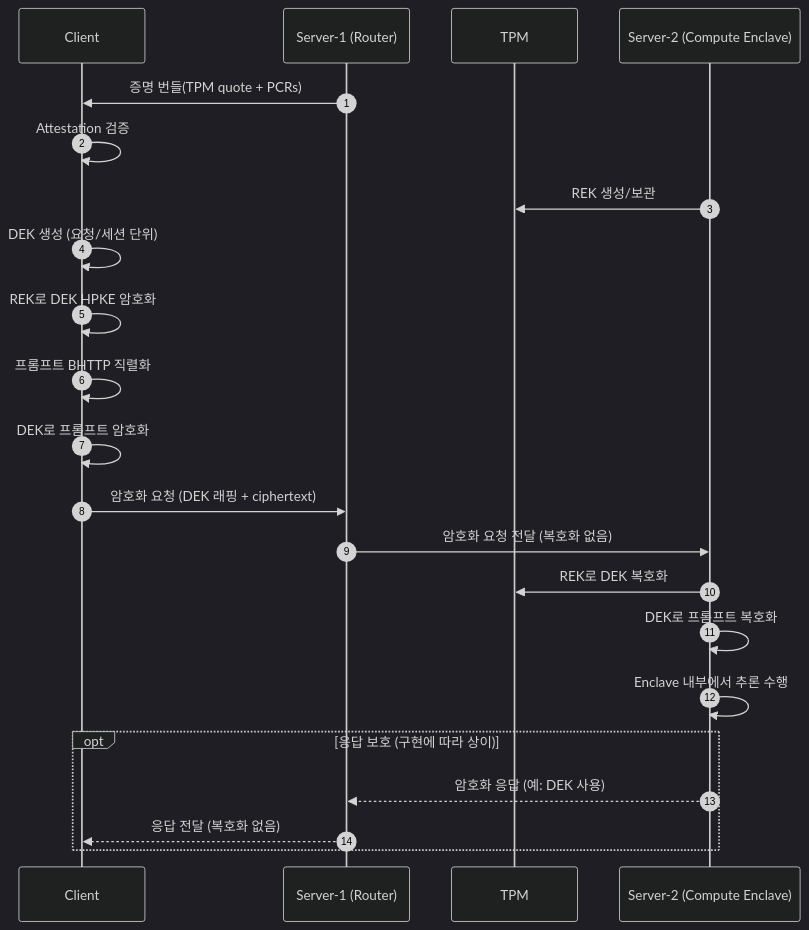
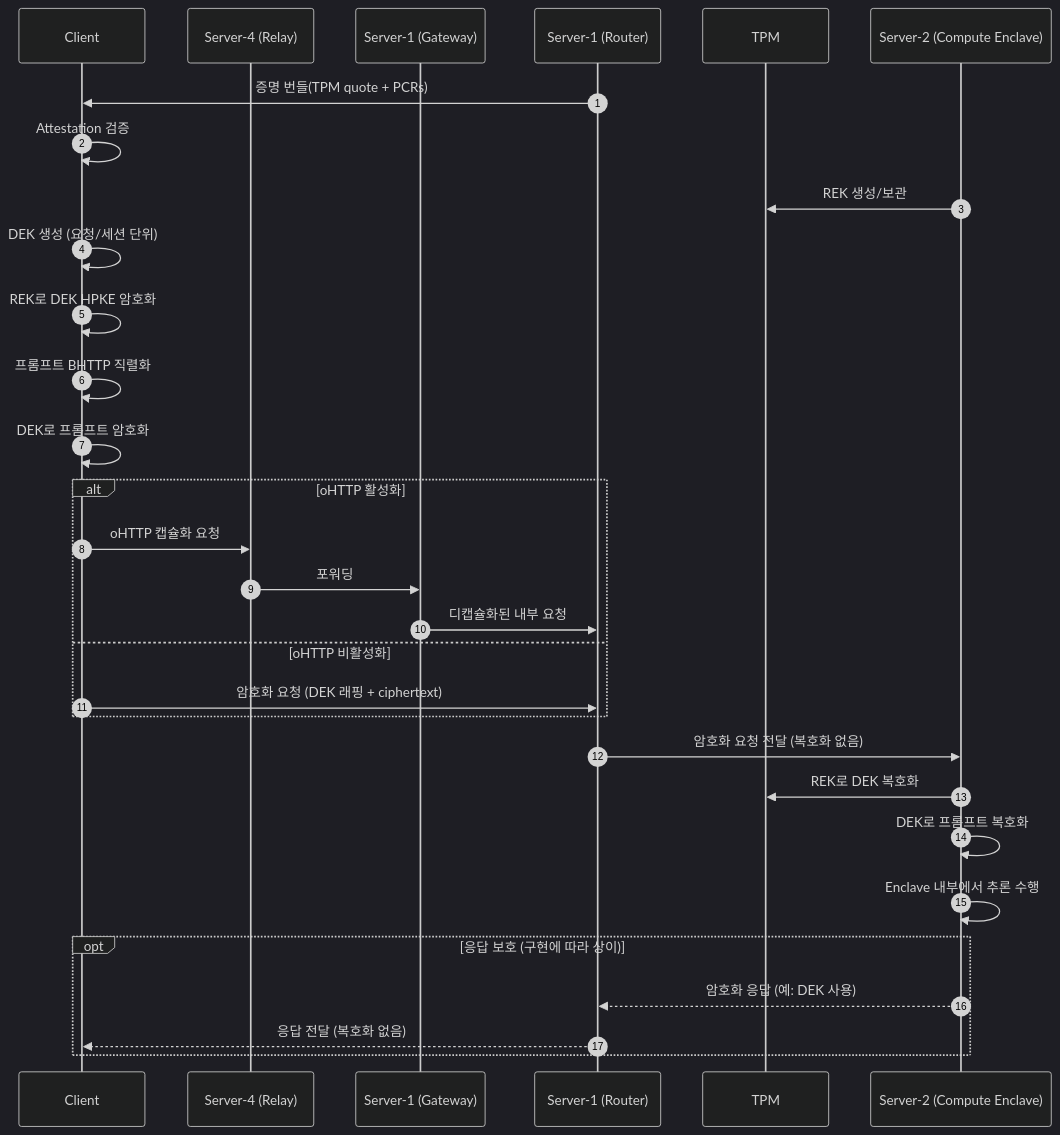
The diagram in HOW_PRIVACY_IS_PRESERVED.ko.md (nnstreamer/hybrid), drawn with Mermaid (dark theme) before and after one commit. The commit also changed other lines of this file and 9 other files, not shown here.

````diff
--- a/HOW_PRIVACY_IS_PRESERVED.ko.md
+++ b/HOW_PRIVACY_IS_PRESERVED.ko.md
@@ -51,29 +56,37 @@
 ```mermaid
 sequenceDiagram
   autonumber
   participant Client
+  participant Relay as Server-4 (Relay)
+  participant Gateway as Server-1 (Gateway)
   participant Router as Server-1 (Router)
   participant TPM
   participant Enclave as Server-2 (Compute Enclave)
 
   Router->>Client: 증명 번들(TPM quote + PCRs)
   Client->>Client: Attestation 검증
 
   Enclave->>TPM: REK 생성/보관
   Client->>Client: DEK 생성 (요청/세션 단위)
   Client->>Client: REK로 DEK HPKE 암호화
   Client->>Client: 프롬프트 BHTTP 직렬화
   Client->>Client: DEK로 프롬프트 암호화
 
-  Client->>Router: 암호화 요청 (DEK 래핑 + ciphertext)
+  alt oHTTP 활성화
+    Client->>Relay: oHTTP 캡슐화 요청
+    Relay->>Gateway: 포워딩
+    Gateway->>Router: 디캡슐화된 내부 요청
+  else oHTTP 비활성화
+    Client->>Router: 암호화 요청 (DEK 래핑 + ciphertext)
+  end
   Router->>Enclave: 암호화 요청 전달 (복호화 없음)
 
   Enclave->>TPM: REK로 DEK 복호화
   Enclave->>Enclave: DEK로 프롬프트 복호화
   Enclave->>Enclave: Enclave 내부에서 추론 수행
 
   opt 응답 보호 (구현에 따라 상이)
     Enclave-->>Router: 암호화 응답 (예: DEK 사용)
     Router-->>Client: 응답 전달 (복호화 없음)
   end
 ```
````
